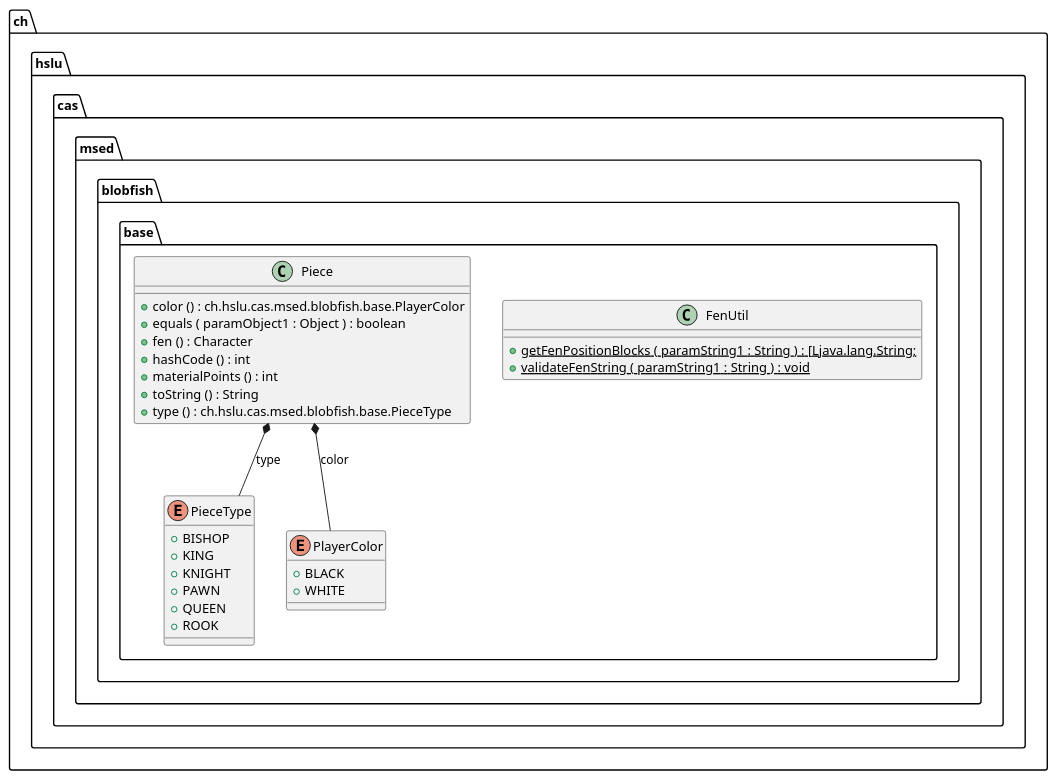
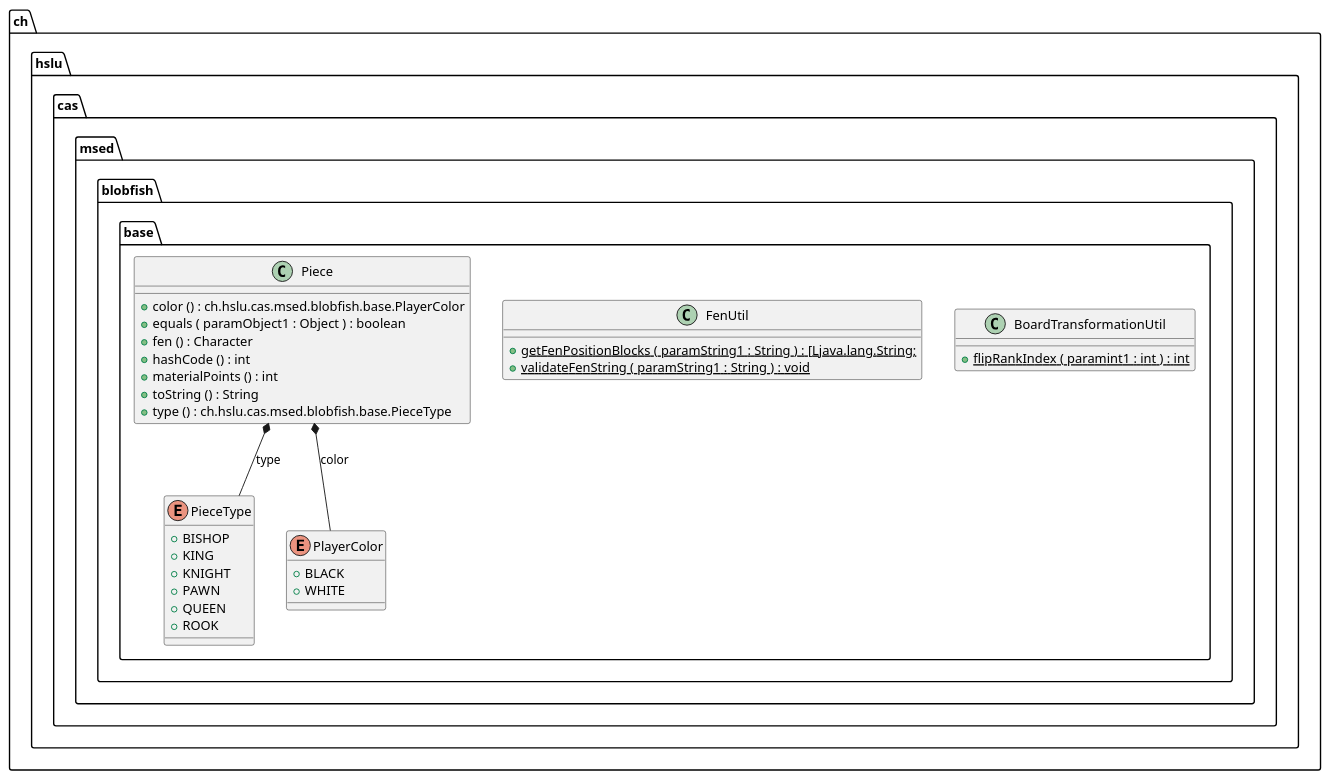
The diagram in docs/generated-diagrams/base.puml (l2c0r3/blobfish), drawn with PlantUML before and after one commit. The commit also changed 2 other files, not shown here.

Commit message:
update generated UML diagrams

```diff
--- a/docs/generated-diagrams/base.puml
+++ b/docs/generated-diagrams/base.puml
@@ -1,42 +1,47 @@
 @startuml
+
+class ch.hslu.cas.msed.blobfish.base.BoardTransformationUtil {
+	{method}  {static} +flipRankIndex ( paramint1 : int ) : int
+}
+
 
 class ch.hslu.cas.msed.blobfish.base.FenUtil {
 	{method}  {static} +getFenPositionBlocks ( paramString1 : String ) : [Ljava.lang.String;
 	{method}  {static} +validateFenString ( paramString1 : String ) : void
 }
 
 
 class ch.hslu.cas.msed.blobfish.base.Piece {
 	{method} +color () : ch.hslu.cas.msed.blobfish.base.PlayerColor
 	{method} +equals ( paramObject1 : Object ) : boolean
 	{method} +fen () : Character
 	{method} +hashCode () : int
 	{method} +materialPoints () : int
 	{method} +toString () : String
 	{method} +type () : ch.hslu.cas.msed.blobfish.base.PieceType
 }
 
 
 enum ch.hslu.cas.msed.blobfish.base.PieceType {
 	{field} +BISHOP
 	{field} +KING
 	{field} +KNIGHT
 	{field} +PAWN
 	{field} +QUEEN
 	{field} +ROOK
 }
 
 
 enum ch.hslu.cas.msed.blobfish.base.PlayerColor {
 	{field} +BLACK
 	{field} +WHITE
 }
 
 
 
 
 ch.hslu.cas.msed.blobfish.base.Piece *--  ch.hslu.cas.msed.blobfish.base.PieceType : type
 ch.hslu.cas.msed.blobfish.base.Piece *--  ch.hslu.cas.msed.blobfish.base.PlayerColor : color
 
 
 @enduml
```
